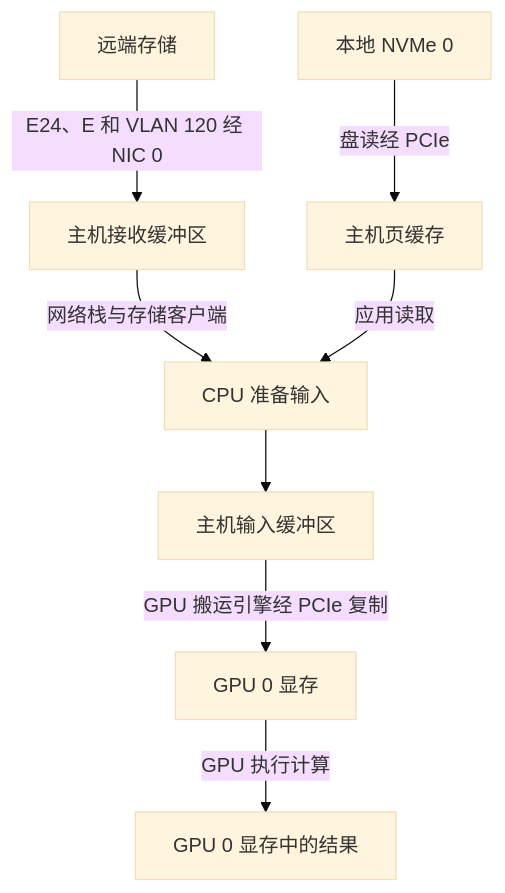
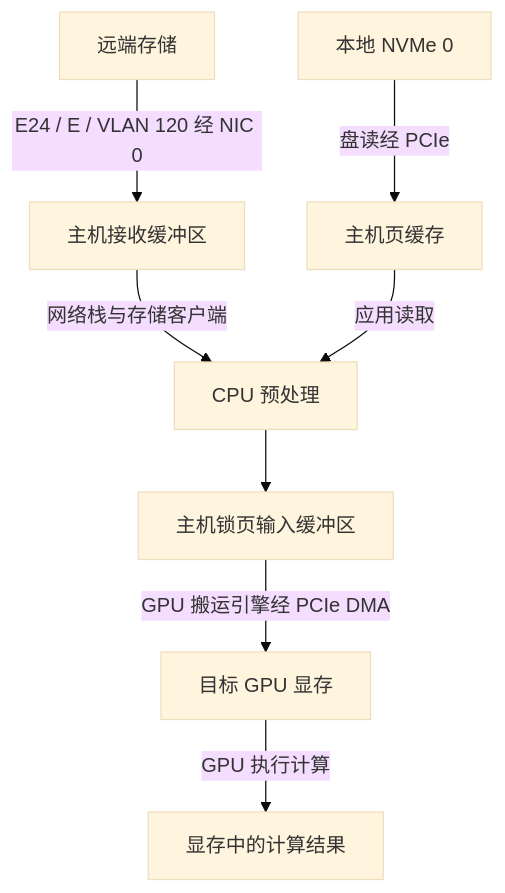
Before and after one commit to realtyz/ops-manual: the diagram in AI-Infra/01_从一台GPU服务器认识基础设施/99_GPU 节点交付与数据路径的综合检验.md, drawn with Mermaid (base theme). The commit also changed other lines of this file and 194 other files, not shown here.

````diff
--- a/AI-Infra/01_从一台GPU服务器认识基础设施/99_GPU 节点交付与数据路径的综合检验.md
+++ b/AI-Infra/01_从一台GPU服务器认识基础设施/99_GPU 节点交付与数据路径的综合检验.md
@@ -76,10 +140,11 @@
 ```mermaid
 flowchart
-    ST["远端存储"] -->|E24、E 和 VLAN 120 经 NIC 0| RX["主机接收缓冲区"]
+    accDescr: 第 01 章单机输入数据路径全景：远端存储经交换机 E24/E 与 VLAN 120 进入主机 NIC 0 与接收缓冲区，本地 NVMe 0 经 PCIe 进入主机页缓存；两路汇聚到 CPU 预处理后写入主机锁页输入缓冲区，最后由 GPU 搬运引擎经 PCIe DMA 送入目标 GPU 显存执行计算。
+    ST["远端存储"] -->|E24 / E / VLAN 120 经 NIC 0| RX["主机接收缓冲区"]
     D["本地 NVMe 0"] -->|盘读经 PCIe| F["主机页缓存"]
-    RX -->|网络栈与存储客户端| CPU["CPU 准备输入"]
+    RX -->|网络栈与存储客户端| CPU["CPU 预处理"]
     F -->|应用读取| CPU
-    CPU --> B["主机输入缓冲区"]
-    B -->|GPU 搬运引擎经 PCIe 复制| G["GPU 0 显存"]
-    G -->|GPU 执行计算| O["GPU 0 显存中的结果"]
+    CPU --> B["主机锁页输入缓冲区"]
+    B -->|GPU 搬运引擎经 PCIe DMA| G["目标 GPU 显存"]
+    G -->|GPU 执行计算| O["显存中的计算结果"]
 ```
````
